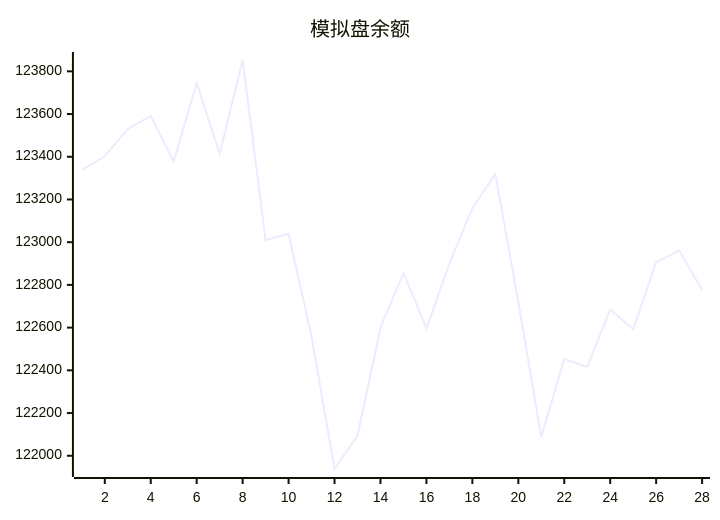
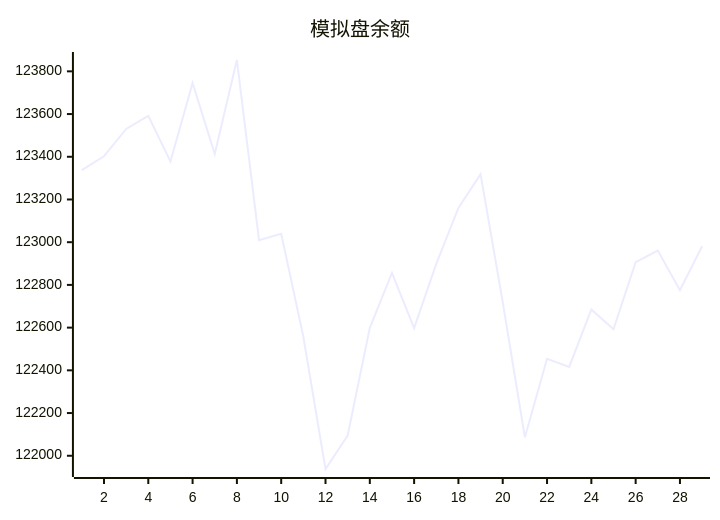
Before and after one commit to aahl/mcp-aktools: the diagram in trading/README.md, drawn with Mermaid. The commit also changed 1 other file, not shown here.

Commit message:
📈 Auto Trading Result

````diff
--- a/trading/README.md
+++ b/trading/README.md
@@ -3,5 +3,5 @@
 ```mermaid
 xychart
     title "模拟盘余额"
-    line [123337.9,123402.4,123530.3,123591.6,123377.9,123745.3,123413.3,123853.1,123009.4,123039.8,122557.0,121938.0,122094.6,122599.0,122856.1,122597.3,122898.1,123160.2,123318.8,122719.1,122086.7,122454.1,122415.9,122685.2,122591.9,122906.8,122960.7,122775.6]
+    line [123337.9,123402.4,123530.3,123591.6,123377.9,123745.3,123413.3,123853.1,123009.4,123039.8,122557.0,121938.0,122094.6,122599.0,122856.1,122597.3,122898.1,123160.2,123318.8,122719.1,122086.7,122454.1,122415.9,122685.2,122591.9,122906.8,122960.7,122775.6,122980.9]
 ```
````
